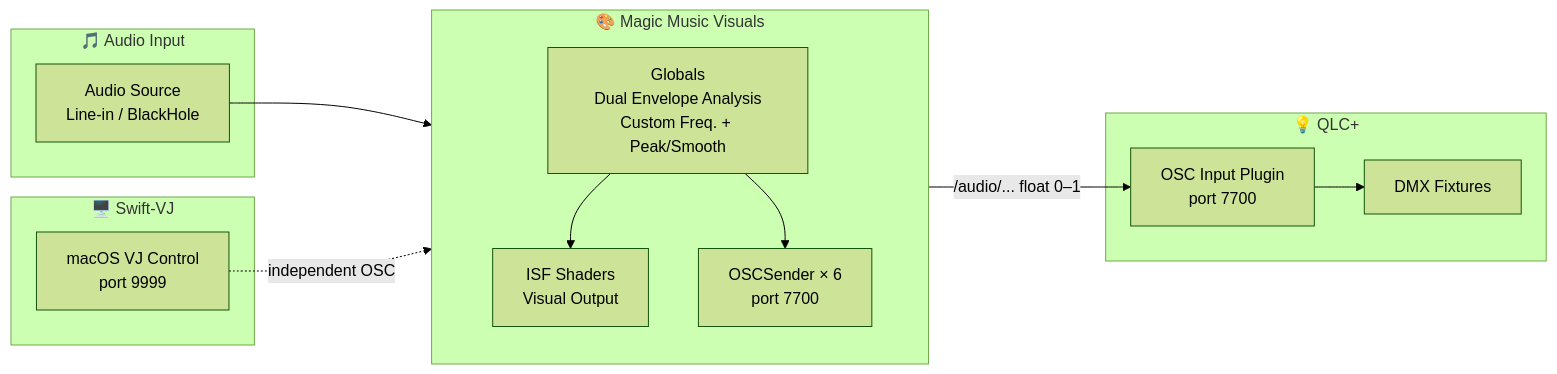
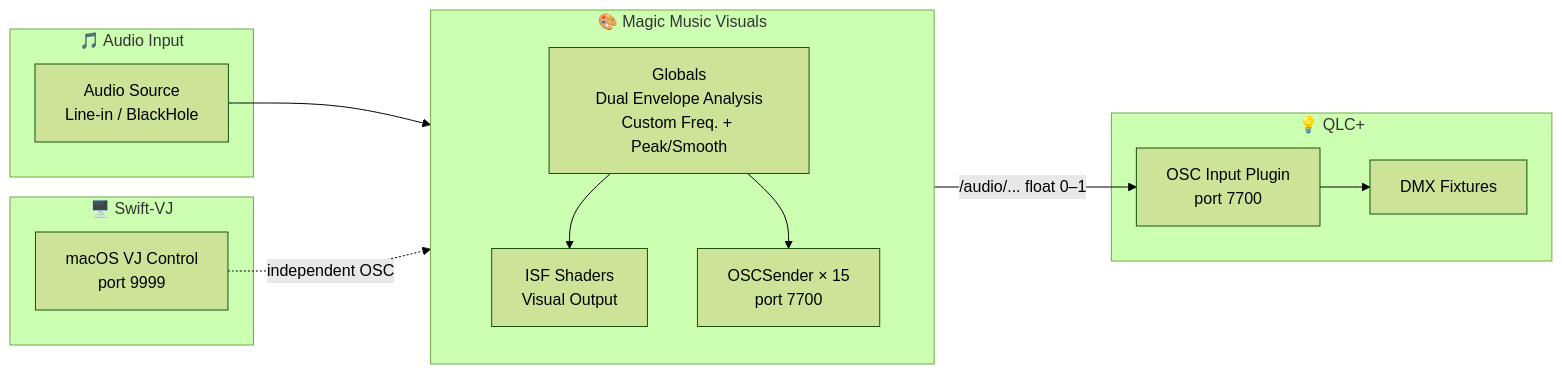
One commit to abossard/synesthesia-visuals changed the first of 2 diagrams in OSC.md. Above: the diagram before and after it, drawn with Mermaid (forest theme). The commit also changed other lines of this file and 5 other files, not shown here.

````diff
--- a/OSC.md
+++ b/OSC.md
@@ -19,29 +19,29 @@
 ```mermaid
 flowchart LR
     subgraph Audio["🎵 Audio Input"]
         MIC[Audio Source<br/>Line-in / BlackHole]
     end
 
     subgraph Magic["🎨 Magic Music Visuals"]
         direction TB
         GLOBALS[Globals<br/>Dual Envelope Analysis<br/>Custom Freq. + Peak/Smooth]
         ISF[ISF Shaders<br/>Visual Output]
-        OSC_OUT[OSCSender × 6<br/>port 7700]
+        OSC_OUT[OSCSender × 15<br/>port 7700]
         GLOBALS --> ISF
         GLOBALS --> OSC_OUT
     end
 
     subgraph QLC["💡 QLC+"]
         QLC_IN[OSC Input Plugin<br/>port 7700]
         DMX[DMX Fixtures]
         QLC_IN --> DMX
     end
 
     subgraph SwiftVJ["🖥️ Swift-VJ"]
         SWJ[macOS VJ Control<br/>port 9999]
     end
 
     MIC --> GLOBALS
     OSC_OUT -->|"/audio/..." float 0–1| QLC_IN
     SWJ -.->|independent OSC| Magic
 ```
````
